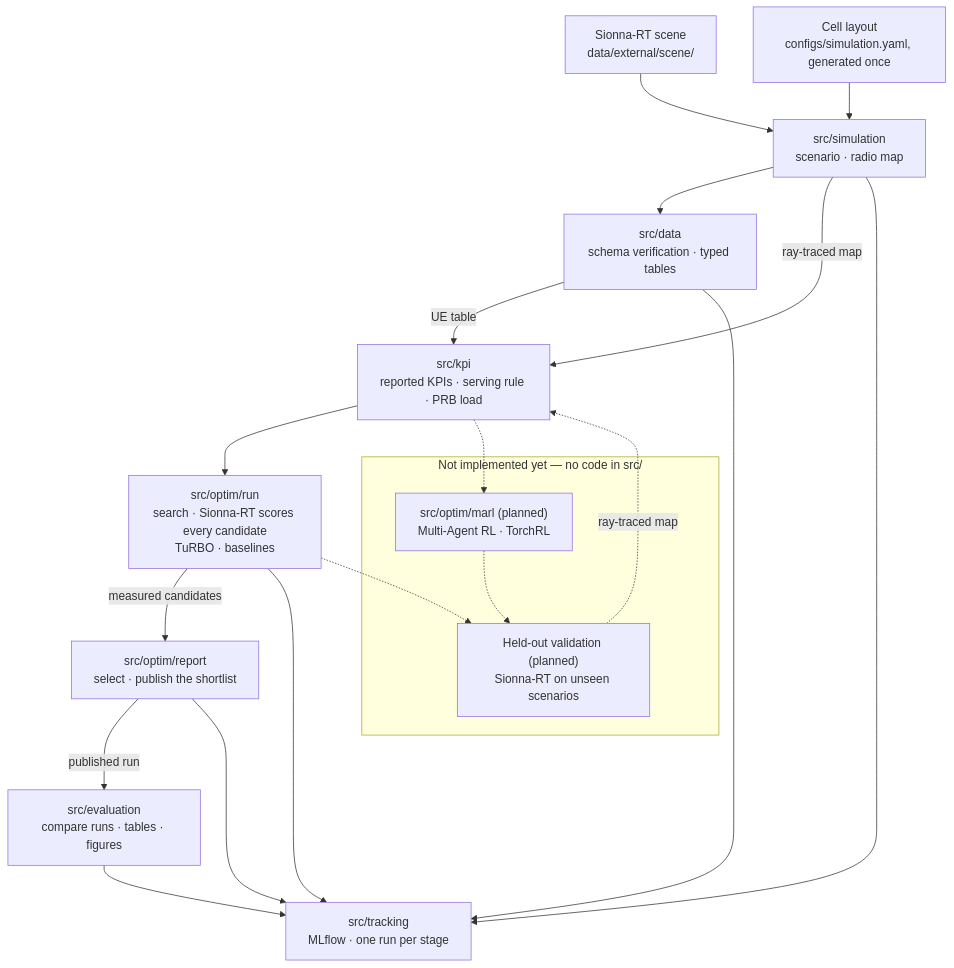
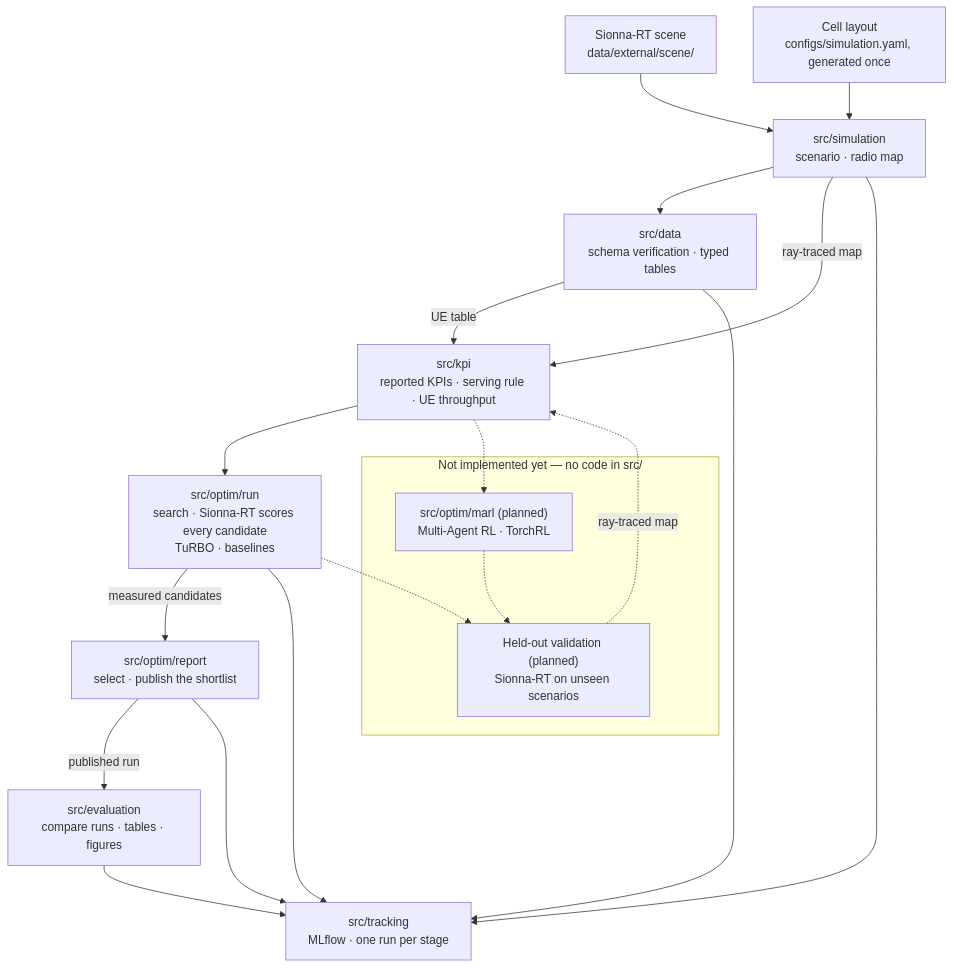
One commit to NguyenVu04/band-tilt changed the diagram in README.md. Above: the diagram before and after it, drawn with Mermaid. The commit also changed other lines of this file and 32 other files, not shown here.

````diff
--- a/README.md
+++ b/README.md
@@ -110,32 +113,32 @@
 ```mermaid
 flowchart TB
     scene["Sionna-RT scene<br/>data/external/scene/"]
     cells["Cell layout<br/>configs/simulation.yaml, generated once"]
 
     sim["src/simulation<br/>scenario · radio map"]
     prep["src/data<br/>schema verification · typed tables"]
-    kpi["src/kpi<br/>reported KPIs · serving rule · PRB load"]
+    kpi["src/kpi<br/>reported KPIs · serving rule · UE throughput"]
     opt["src/optim/run<br/>search · Sionna-RT scores every candidate<br/>TuRBO · baselines"]
     ver["src/optim/report<br/>select · publish the shortlist"]
     rep["src/evaluation<br/>compare runs · tables · figures"]
     mlf["src/tracking<br/>MLflow · one run per stage"]
 
     subgraph future["Not implemented yet — no code in src/"]
         marl["src/optim/marl (planned)<br/>Multi-Agent RL · TorchRL"]
         val["Held-out validation (planned)<br/>Sionna-RT on unseen scenarios"]
     end
 
     scene --> sim
     cells --> sim
     sim --> prep
     sim -->|ray-traced map| kpi
     prep -->|UE table| kpi
     kpi --> opt
     opt -->|measured candidates| ver
     ver -->|published run| rep
     sim & prep & opt & ver & rep --> mlf
     kpi -.-> marl
     opt -.-> val
     marl -.-> val
     val -.->|ray-traced map| kpi
 ```
````
